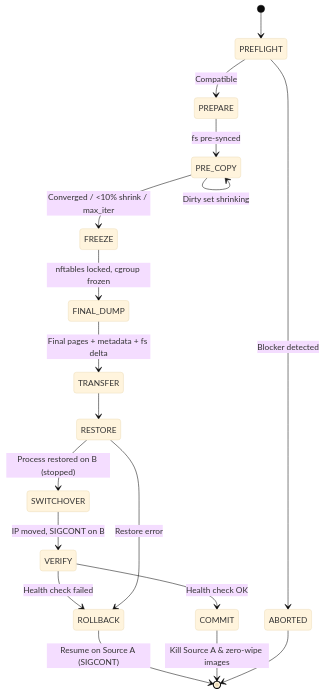
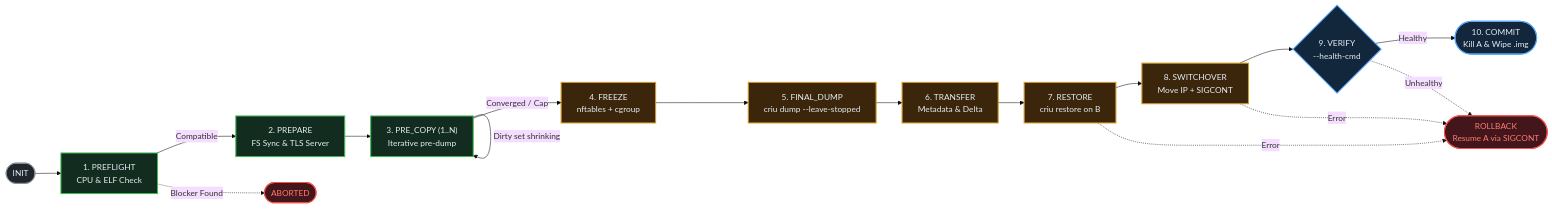
Before and after one commit to xsub/LKMP: the second of 2 diagrams in README.md, drawn with Mermaid (base theme). The commit also changed other lines of this file and 2 other files, not shown here.

Commit message:
docs: add SVG architecture diagrams, styled Mermaid sequences, and fix MathJax rendering

````diff
--- a/README.md
+++ b/README.md
@@ -42,20 +90,28 @@
 ```mermaid
-stateDiagram-v2
-    [*] --> PREFLIGHT
-    PREFLIGHT --> PREPARE: Compatible
-    PREFLIGHT --> ABORTED: Blocker detected
-    PREPARE --> PRE_COPY: fs pre-synced
-    PRE_COPY --> PRE_COPY: Dirty set shrinking
-    PRE_COPY --> FREEZE: Converged / <10% shrink / max_iter
-    FREEZE --> FINAL_DUMP: nftables locked, cgroup frozen
-    FINAL_DUMP --> TRANSFER: Final pages + metadata + fs delta
-    TRANSFER --> RESTORE
-    RESTORE --> SWITCHOVER: Process restored on B (stopped)
-    SWITCHOVER --> VERIFY: IP moved, SIGCONT on B
-    VERIFY --> COMMIT: Health check OK
-    VERIFY --> ROLLBACK: Health check failed
-    RESTORE --> ROLLBACK: Restore error
-    ROLLBACK --> [*]: Resume on Source A (SIGCONT)
-    COMMIT --> [*]: Kill Source A & zero-wipe images
-    ABORTED --> [*]
+flowchart LR
+    classDef init fill:#21262d,stroke:#8b949e,color:#e6edf3,stroke-width:1.5px
+    classDef online fill:#122d1f,stroke:#3fb950,color:#e6edf3,stroke-width:2px
+    classDef freeze fill:#3b260c,stroke:#d29922,color:#e6edf3,stroke-width:2px
+    classDef commit fill:#12263c,stroke:#58a6ff,color:#e6edf3,stroke-width:2px
+    classDef fail fill:#42161b,stroke:#f85149,color:#ff7b72,stroke-width:2px
+
+    INIT(["INIT"]):::init --> PREFLIGHT["1. PREFLIGHT<br/>CPU & ELF Check"]:::online
+    PREFLIGHT -->|"Compatible"| PREPARE["2. PREPARE<br/>FS Sync & TLS Server"]:::online
+    PREFLIGHT -.->|"Blocker Found"| ABORTED(["ABORTED"]):::fail
+
+    PREPARE --> PRE_COPY["3. PRE_COPY (1..N)<br/>Iterative pre-dump"]:::online
+    PRE_COPY -->|"Dirty set shrinking"| PRE_COPY
+    PRE_COPY -->|"Converged / Cap"| FREEZE["4. FREEZE<br/>nftables + cgroup"]:::freeze
+
+    FREEZE --> FINAL_DUMP["5. FINAL_DUMP<br/>criu dump --leave-stopped"]:::freeze
+    FINAL_DUMP --> TRANSFER["6. TRANSFER<br/>Metadata & Delta"]:::freeze
+    TRANSFER --> RESTORE["7. RESTORE<br/>criu restore on B"]:::freeze
+    RESTORE --> SWITCHOVER["8. SWITCHOVER<br/>Move IP + SIGCONT"]:::freeze
+
+    SWITCHOVER --> VERIFY{"9. VERIFY<br/>--health-cmd"}:::commit
+    VERIFY -->|"Healthy"| COMMIT(["10. COMMIT<br/>Kill A & Wipe .img"]):::commit
+
+    RESTORE -.->|"Error"| ROLLBACK(["ROLLBACK<br/>Resume A via SIGCONT"]):::fail
+    SWITCHOVER -.->|"Error"| ROLLBACK
+    VERIFY -.->|"Unhealthy"| ROLLBACK
 ```
````
